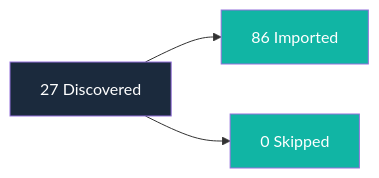
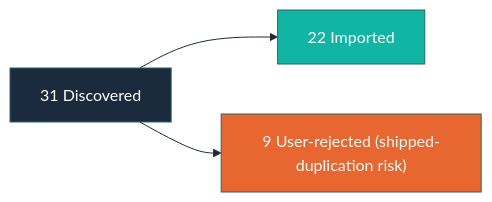
Before and after one commit to ronjanusz-liatrio/arc: the diagram in docs/skill/arc/align-report.md, drawn with Mermaid. The commit also changed other lines of this file and 5 other files, not shown here.

````diff
--- a/docs/skill/arc/align-report.md
+++ b/docs/skill/arc/align-report.md
@@ -186,9 +136,10 @@
 ```mermaid
+%%{init: {'theme': 'base', 'themeVariables': {'primaryColor': '#11B5A4', 'primaryTextColor': '#FFFFFF', 'lineColor': '#1B2A3D'}}}%%
 flowchart LR
+    A["31 Discovered"] --> B["22 Imported"]
+    A --> C["9 User-rejected (shipped-duplication risk)"]
+
     style A fill:#1B2A3D,color:#fff
     style B fill:#11B5A4,color:#fff
-    style C fill:#11B5A4,color:#fff
-
-    A["27 Discovered"] --> B["86 Imported"]
-    A --> C["0 Skipped"]
+    style C fill:#E8662F,color:#fff
 ```
````
